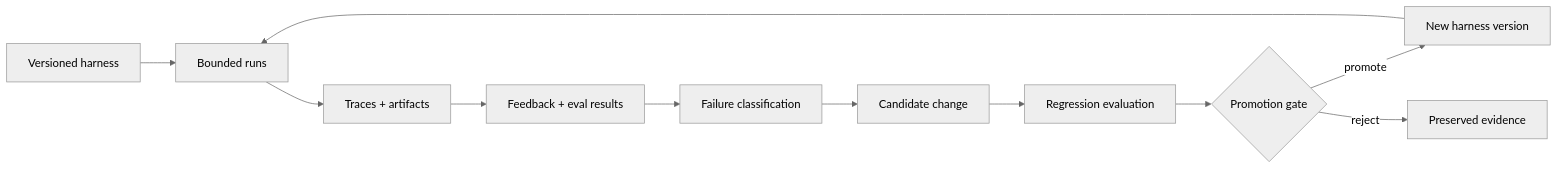
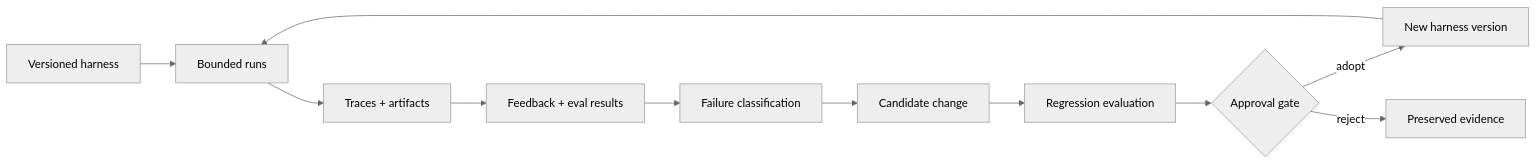
The diagram in guides/verified-improvement-loops.md (jremick/codexmaxxing), drawn with Mermaid (neutral theme) before and after one commit. The commit also changed other lines of this file and 38 other files, not shown here.

````diff
--- a/guides/verified-improvement-loops.md
+++ b/guides/verified-improvement-loops.md
@@ -19,13 +19,13 @@
 ```mermaid
 flowchart LR
   A["Versioned harness"] --> B["Bounded runs"]
   B --> C["Traces + artifacts"]
   C --> D["Feedback + eval results"]
   D --> E["Failure classification"]
   E --> F["Candidate change"]
   F --> G["Regression evaluation"]
-  G --> H{"Promotion gate"}
-  H -->|promote| I["New harness version"]
+  G --> H{"Approval gate"}
+  H -->|adopt| I["New harness version"]
   H -->|reject| J["Preserved evidence"]
   I --> B
 ```
````
